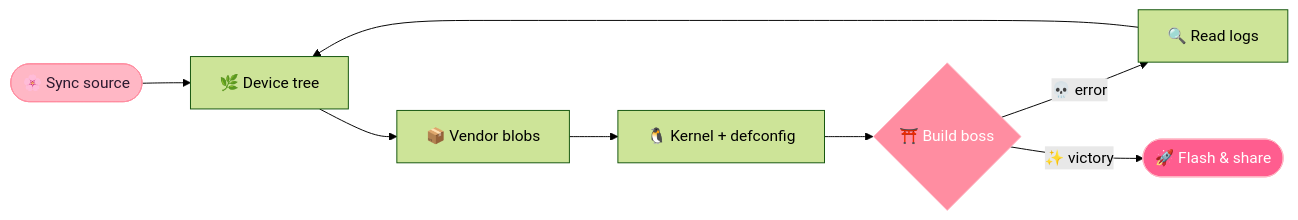
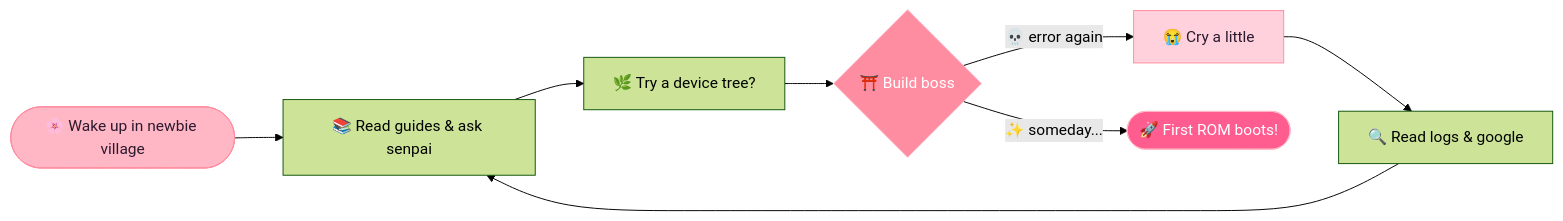
The diagram in README.md (Huy7684/Huy7684), drawn with Mermaid (forest theme) before and after one commit. The commit also changed other lines of this file, not shown here.

````diff
--- a/README.md
+++ b/README.md
@@ -44,13 +55,14 @@
 ```mermaid
 flowchart LR
-    A([🌸 Sync source]) --> B[🌿 Device tree]
-    B --> C[📦 Vendor blobs]
-    C --> D[🐧 Kernel + defconfig]
-    D --> E{⛩️ Build boss}
-    E -->|💀 error| F[🔍 Read logs]
+    A([🌸 Wake up in newbie village]) --> B[📚 Read guides & ask senpai]
+    B --> C[🌿 Try a device tree?]
+    C --> D{⛩️ Build boss}
+    D -->|💀 error again| E[😭 Cry a little]
+    E --> F[🔍 Read logs & google]
     F --> B
-    E -->|✨ victory| G([🚀 Flash & share])
+    D -->|✨ someday...| G([🚀 First ROM boots!])
     style A fill:#FFB7C5,stroke:#FF8DA1,color:#2b192e
-    style E fill:#FF8DA1,stroke:#FFB7C5,color:#fff
+    style D fill:#FF8DA1,stroke:#FFB7C5,color:#fff
+    style E fill:#FFD1DC,stroke:#FF8DA1,color:#2b192e
     style G fill:#FF5D8F,stroke:#FFB7C5,color:#fff
 ```
````
